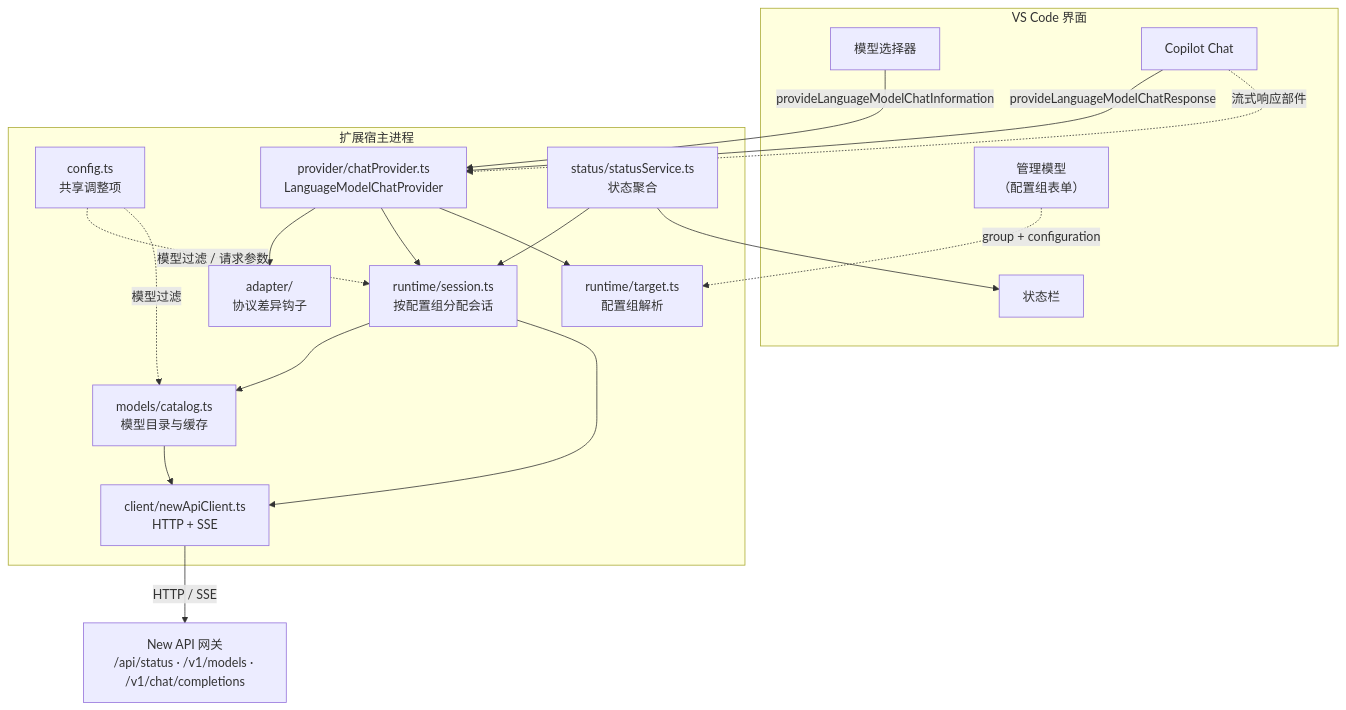
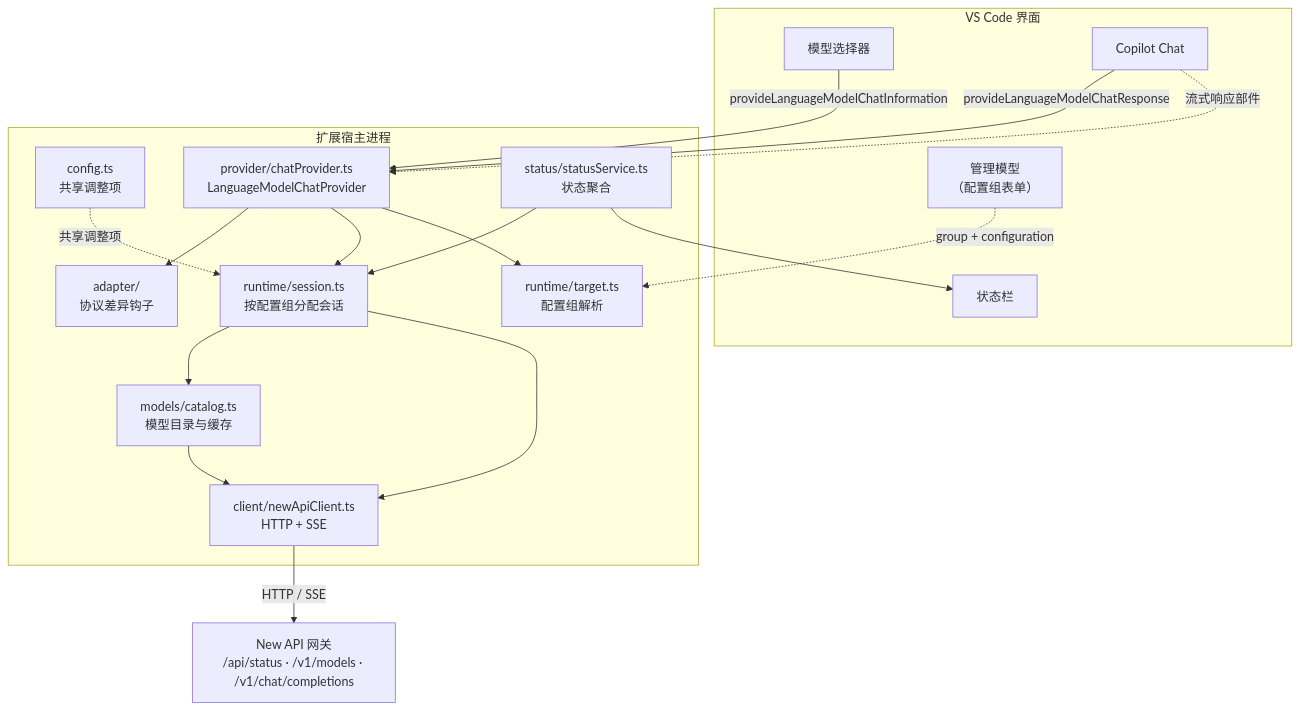
Before and after one commit to zephyraluco/newapi-copilot-chat: the first of 5 diagrams in docs/ARCHITECTURE.md, drawn with Mermaid. The commit also changed other lines of this file and 10 other files, not shown here.

````diff
--- a/docs/ARCHITECTURE.md
+++ b/docs/ARCHITECTURE.md
@@ -23,38 +23,37 @@
 ```mermaid
 flowchart TD
     subgraph ui["VS Code 界面"]
         picker["模型选择器"]
         chat["Copilot Chat"]
         manage["管理模型<br/>（配置组表单）"]
         bar["状态栏"]
     end
 
     subgraph host["扩展宿主进程"]
         cfg["config.ts<br/>共享调整项"]
         target["runtime/target.ts<br/>配置组解析"]
         provider["provider/chatProvider.ts<br/>LanguageModelChatProvider"]
         sessions["runtime/session.ts<br/>按配置组分配会话"]
         catalog["models/catalog.ts<br/>模型目录与缓存"]
         client["client/newApiClient.ts<br/>HTTP + SSE"]
         adapter["adapter/<br/>协议差异钩子"]
         status["status/statusService.ts<br/>状态聚合"]
     end
 
     gateway["New API 网关<br/>/api/status · /v1/models · /v1/chat/completions"]
 
     picker -->|"provideLanguageModelChatInformation"| provider
     chat -->|"provideLanguageModelChatResponse"| provider
     chat -.->|"流式响应部件"| provider
     manage -.->|"group + configuration"| target
     provider --> adapter
     provider --> sessions
     sessions --> catalog
     sessions --> client
     provider --> target
     catalog --> client
     client -->|"HTTP / SSE"| gateway
     status --> sessions
     status --> bar
-    cfg -.->|"模型过滤 / 请求参数"| sessions
-    cfg -.->|"模型过滤"| catalog
+    cfg -.->|"共享调整项"| sessions
 ```
````
